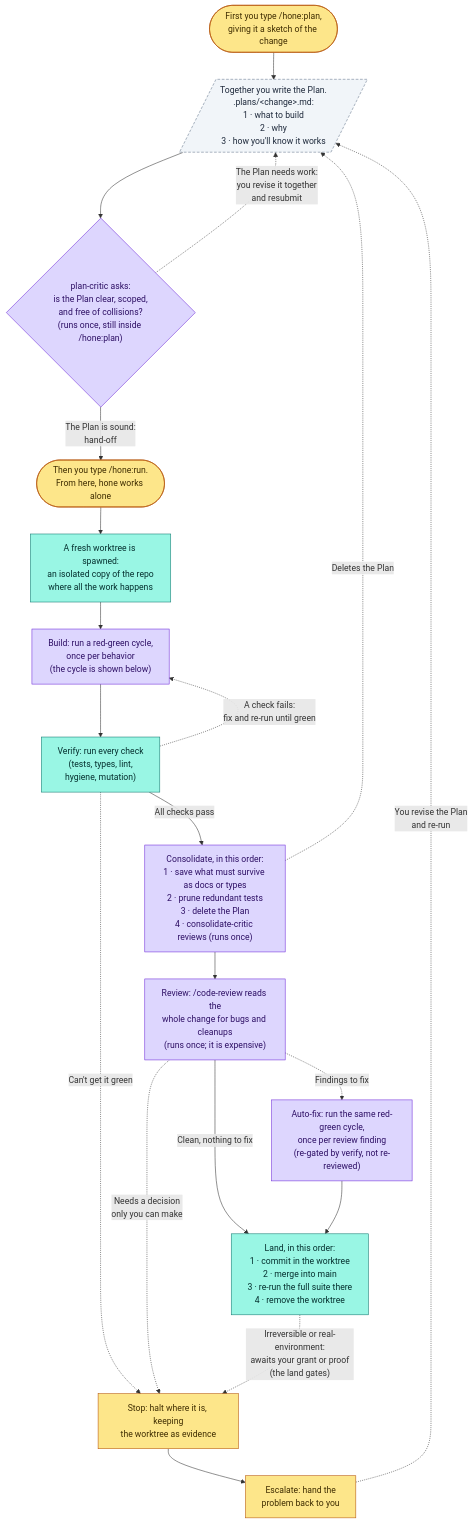
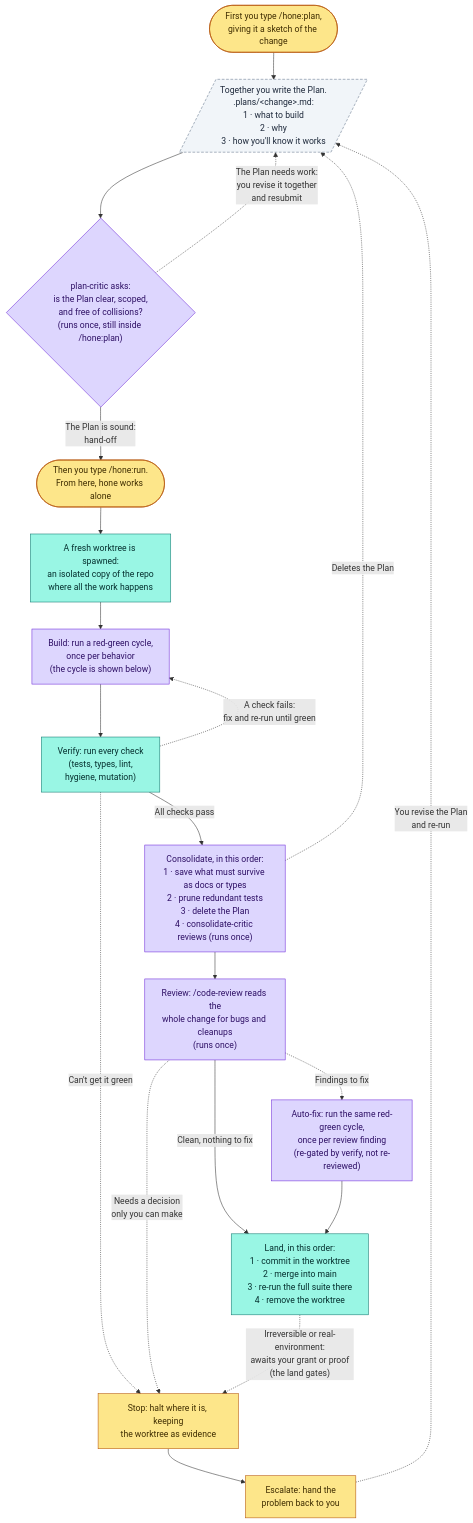
One commit to dominik-rehse/hone changed the second of 4 diagrams in docs/model.md. Above: the diagram before and after it, drawn with Mermaid. The commit also changed other lines of this file and 5 other files, not shown here.

````diff
--- a/docs/model.md
+++ b/docs/model.md
@@ -189,45 +189,45 @@
 ```mermaid
 flowchart TD
     cmdPlan(["First you type /hone:plan,<br/>giving it a sketch of the change"])
     planFile[/"Together you write the Plan.<br/>.plans/&lt;change&gt;.md:<br/>1 · what to build<br/>2 · why<br/>3 · how you'll know it works"/]
     cmdRun(["Then you type /hone:run.<br/>From here, hone works alone"])
     admit{"plan-critic asks:<br/>is the Plan clear, scoped,<br/>and free of collisions?<br/>(runs once, still inside /hone:plan)"}
     wt["A fresh worktree is spawned:<br/>an isolated copy of the repo<br/>where all the work happens"]
     build["Build: run a red-green cycle,<br/>once per behavior<br/>(the cycle is shown below)"]
     verify["Verify: run every check<br/>(tests, types, lint,<br/>hygiene, mutation)"]
     cons["Consolidate, in this order:<br/>1 · save what must survive as docs or types<br/>2 · prune redundant tests<br/>3 · delete the Plan<br/>4 · consolidate-critic reviews (runs once)"]
-    rev["Review: /code-review reads the<br/>whole change for bugs and cleanups<br/>(runs once; it is expensive)"]
+    rev["Review: /code-review reads the<br/>whole change for bugs and cleanups<br/>(runs once)"]
     fix["Auto-fix: run the same red-green cycle,<br/>once per review finding<br/>(re-gated by verify, not re-reviewed)"]
     land["Land, in this order:<br/>1 · commit in the worktree<br/>2 · merge into main<br/>3 · re-run the full suite there<br/>4 · remove the worktree"]
     esc["Escalate: hand the<br/>problem back to you"]
     stop["Stop: halt where it is, keeping<br/>the worktree as evidence"]
 
     cmdPlan --> planFile
     planFile --> admit
     admit -->|"The Plan is sound:<br/>hand-off"| cmdRun
     admit -.->|"The Plan needs work:<br/>you revise it together<br/>and resubmit"| planFile
     cmdRun --> wt
     wt --> build
     build --> verify
     verify -->|"All checks pass"| cons
     verify -.->|"A check fails:<br/>fix and re-run until green"| build
     verify -.->|"Can't get it green"| stop
     cons --> rev
     cons -.->|"Deletes the Plan"| planFile
     rev -->|"Clean, nothing to fix"| land
     rev -.->|"Findings to fix"| fix
     fix --> land
     rev -.->|"Needs a decision<br/>only you can make"| stop
     land -.->|"Irreversible or real-environment:<br/>awaits your grant or proof<br/>(the land gates)"| stop
     stop --> esc
     esc -.->|"You revise the Plan<br/>and re-run"| planFile
 
     classDef human fill:#fde68a,stroke:#b45309,color:#3f2d00;
     classDef deterministic fill:#99f6e4,stroke:#0f766e,color:#042f2e;
     classDef stochastic fill:#ddd6fe,stroke:#6d28d9,color:#2e1065;
     classDef artifact fill:#f1f5f9,stroke:#64748b,color:#1e293b,stroke-dasharray:5 3;
     class cmdPlan,cmdRun,esc,stop human;
     class wt,verify,land deterministic;
     class admit,build,cons,rev,fix stochastic;
     class planFile artifact;
 ```
````
